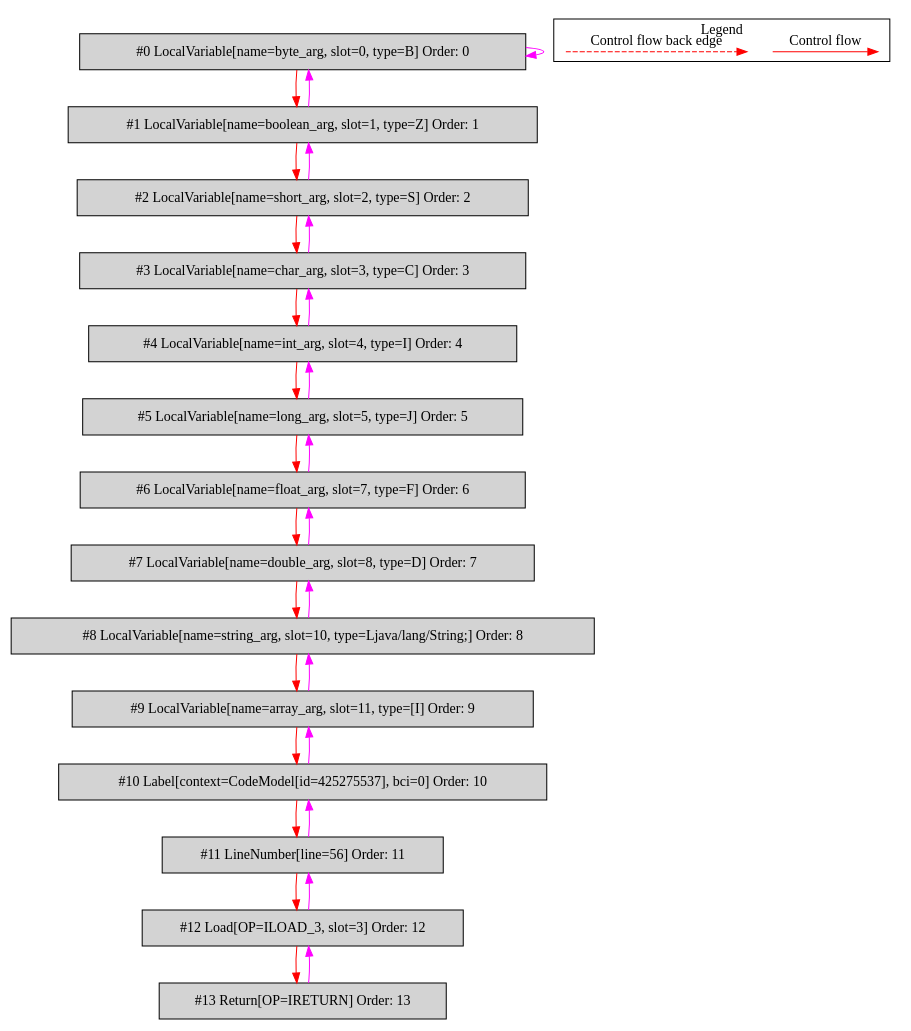
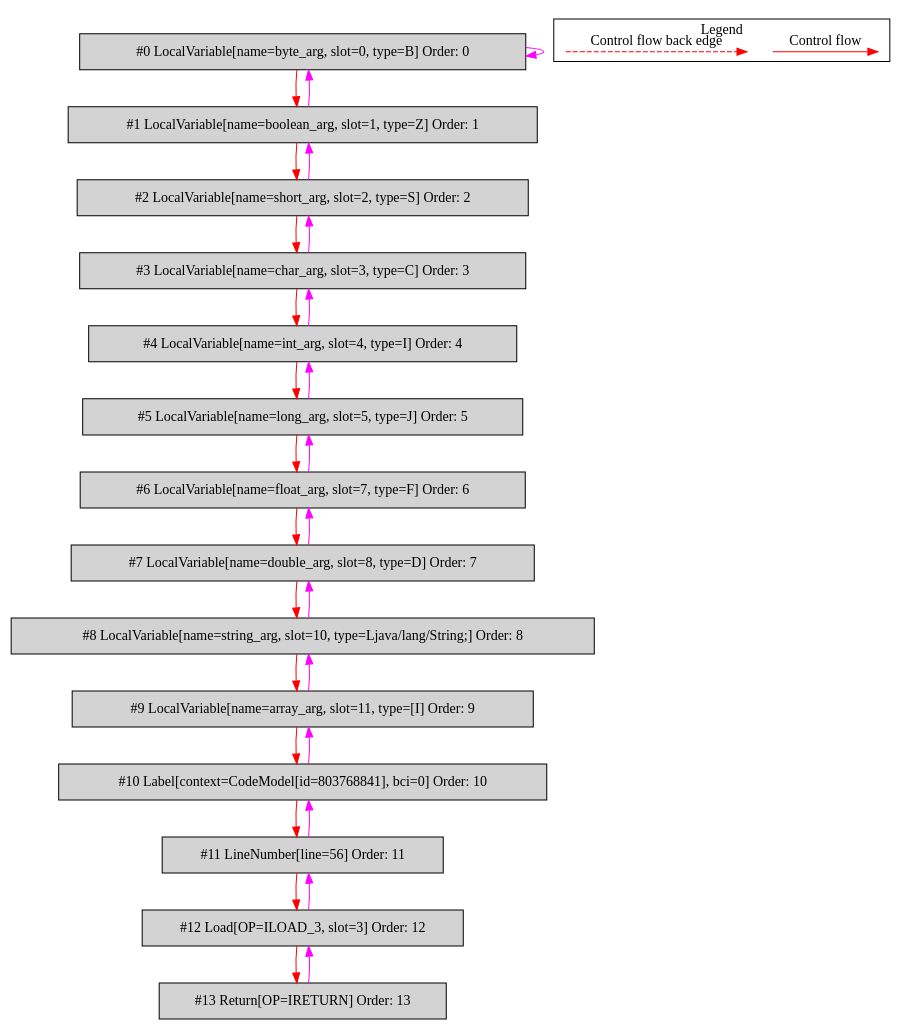
The diagram in de.mirkosertic.metair.ir.examples.MethodInvokeTest/simple_method_return_char/bytecodecfg.dot (mirkosertic/MetaIR), drawn with Graphviz before and after one commit. The commit also changed 433 other files, not shown here.

```diff
--- a/de.mirkosertic.metair.ir.examples.MethodInvokeTest/simple_method_return_char/bytecodecfg.dot
+++ b/de.mirkosertic.metair.ir.examples.MethodInvokeTest/simple_method_return_char/bytecodecfg.dot
@@ -1,58 +1,58 @@
 digraph {
  ordering="in";
  node0[label="#0 LocalVariable[name=byte_arg, slot=0, type=B] Order: 0", shape=box, fillcolor=lightgrey, style=filled];
  node1[label="#1 LocalVariable[name=boolean_arg, slot=1, type=Z] Order: 1", shape=box, fillcolor=lightgrey, style=filled];
  node2[label="#2 LocalVariable[name=short_arg, slot=2, type=S] Order: 2", shape=box, fillcolor=lightgrey, style=filled];
  node3[label="#3 LocalVariable[name=char_arg, slot=3, type=C] Order: 3", shape=box, fillcolor=lightgrey, style=filled];
  node4[label="#4 LocalVariable[name=int_arg, slot=4, type=I] Order: 4", shape=box, fillcolor=lightgrey, style=filled];
  node5[label="#5 LocalVariable[name=long_arg, slot=5, type=J] Order: 5", shape=box, fillcolor=lightgrey, style=filled];
  node6[label="#6 LocalVariable[name=float_arg, slot=7, type=F] Order: 6", shape=box, fillcolor=lightgrey, style=filled];
  node7[label="#7 LocalVariable[name=double_arg, slot=8, type=D] Order: 7", shape=box, fillcolor=lightgrey, style=filled];
  node8[label="#8 LocalVariable[name=string_arg, slot=10, type=Ljava/lang/String;] Order: 8", shape=box, fillcolor=lightgrey, style=filled];
  node9[label="#9 LocalVariable[name=array_arg, slot=11, type=[I] Order: 9", shape=box, fillcolor=lightgrey, style=filled];
- node10[label="#10 Label[context=CodeModel[id=425275537], bci=0] Order: 10", shape=box, fillcolor=lightgrey, style=filled];
+ node10[label="#10 Label[context=CodeModel[id=803768841], bci=0] Order: 10", shape=box, fillcolor=lightgrey, style=filled];
  node11[label="#11 LineNumber[line=56] Order: 11", shape=box, fillcolor=lightgrey, style=filled];
  node12[label="#12 Load[OP=ILOAD_3, slot=3] Order: 12", shape=box, fillcolor=lightgrey, style=filled];
  node13[label="#13 Return[OP=IRETURN] Order: 13", shape=box, fillcolor=lightgrey, style=filled];
  node0 -> node0[color=fuchsia];
  node0 -> node1[color=red];
  node1 -> node0[color=fuchsia];
  node1 -> node2[color=red];
  node2 -> node1[color=fuchsia];
  node2 -> node3[color=red];
  node3 -> node2[color=fuchsia];
  node3 -> node4[color=red];
  node4 -> node3[color=fuchsia];
  node4 -> node5[color=red];
  node5 -> node4[color=fuchsia];
  node5 -> node6[color=red];
  node6 -> node5[color=fuchsia];
  node6 -> node7[color=red];
  node7 -> node6[color=fuchsia];
  node7 -> node8[color=red];
  node8 -> node7[color=fuchsia];
  node8 -> node9[color=red];
  node9 -> node8[color=fuchsia];
  node9 -> node10[color=red];
  node10 -> node9[color=fuchsia];
  node10 -> node11[color=red];
  node11 -> node10[color=fuchsia];
  node11 -> node12[color=red];
  node12 -> node11[color=fuchsia];
  node12 -> node13[color=red];
  node13 -> node12[color=fuchsia];
  subgraph cluster_000 {
   label = "Legend";
   node [shape=point]
   {
    rank=same;
    c0 [style = invis];
    c1 [style = invis];
    c2 [style = invis];
    c3 [style = invis];
   }
   c0 -> c1 [label="Control flow", style=solid, color=red]
   c2 -> c3 [label="Control flow back edge", style=dashed, color=red]
  }
 
 }
```
